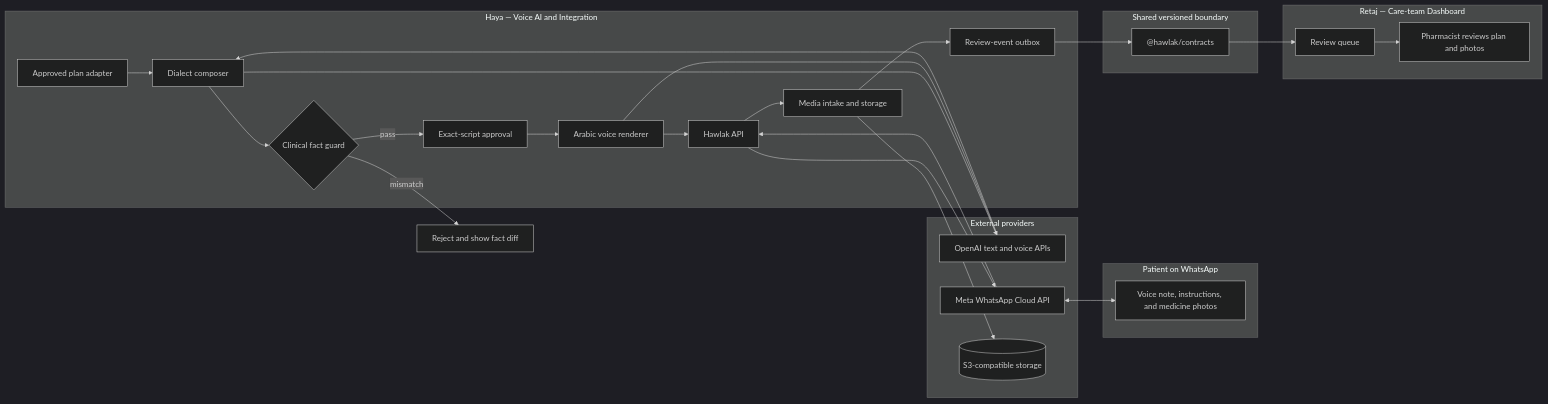
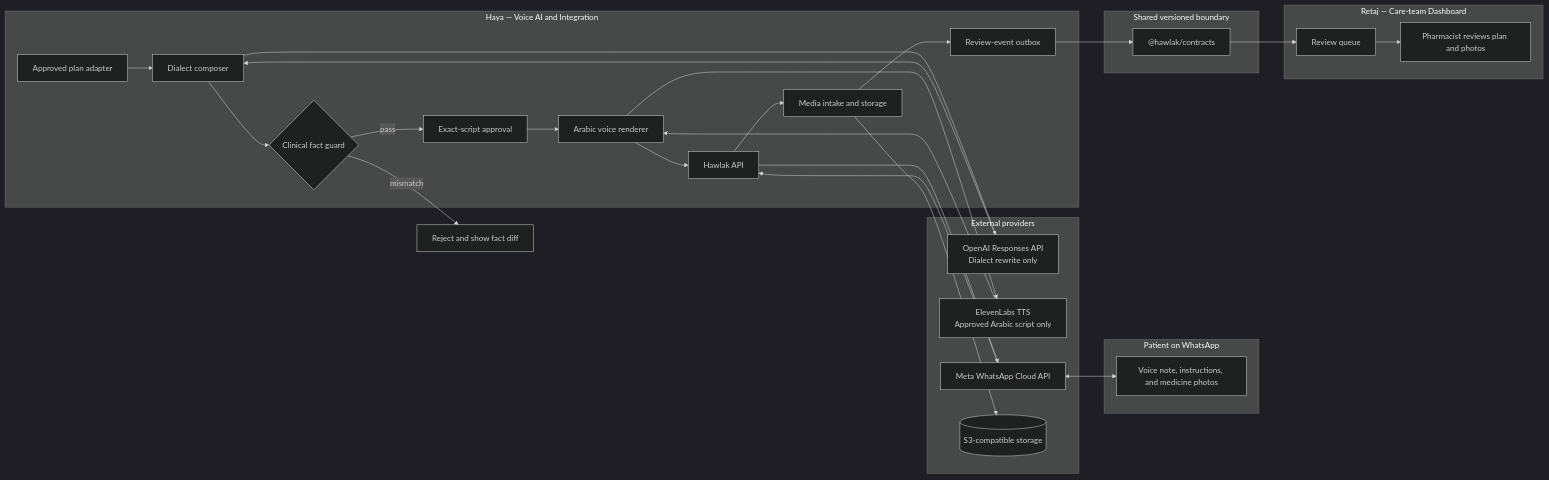
The diagram in docs/architecture/system-architecture.mmd (HarbiHaya/hawlak-mvp), drawn with Mermaid (dark theme) before and after one commit. The commit also changed 9 other files, not shown here.

```diff
--- a/docs/architecture/system-architecture.mmd
+++ b/docs/architecture/system-architecture.mmd
@@ -1,49 +1,51 @@
 flowchart LR
   subgraph Patient["Patient on WhatsApp"]
     WA["Voice note, instructions, and medicine photos"]
   end
 
   subgraph Haya["Haya — Voice AI and Integration"]
     API["Hawlak API"]
     PLAN["Approved plan adapter"]
     COMPOSE["Dialect composer"]
     GUARD{"Clinical fact guard"}
     APPROVE["Exact-script approval"]
     VOICE["Arabic voice renderer"]
     MEDIA["Media intake and storage"]
     OUTBOX["Review-event outbox"]
   end
 
   subgraph Providers["External providers"]
-    OPENAI["OpenAI text and voice APIs"]
+    OPENAI["OpenAI Responses API<br/>Dialect rewrite only"]
+    ELEVEN["ElevenLabs TTS<br/>Approved Arabic script only"]
     META["Meta WhatsApp Cloud API"]
     OBJECTS[("S3-compatible storage")]
   end
 
   subgraph Shared["Shared versioned boundary"]
     CONTRACT["@hawlak/contracts"]
   end
 
   subgraph Retaj["Retaj — Care-team Dashboard"]
     DASH["Review queue"]
     REVIEW["Pharmacist reviews plan and photos"]
   end
 
   PLAN --> COMPOSE
   COMPOSE --> OPENAI
   OPENAI --> COMPOSE
   COMPOSE --> GUARD
   GUARD -->|"pass"| APPROVE
   GUARD -->|"mismatch"| REJECT["Reject and show fact diff"]
   APPROVE --> VOICE
-  VOICE --> OPENAI
+  VOICE --> ELEVEN
+  ELEVEN --> VOICE
   VOICE --> API
   API --> META
   META <--> WA
   META --> API
   API --> MEDIA
   MEDIA --> OBJECTS
   MEDIA --> OUTBOX
   OUTBOX --> CONTRACT
   CONTRACT --> DASH
   DASH --> REVIEW
```
